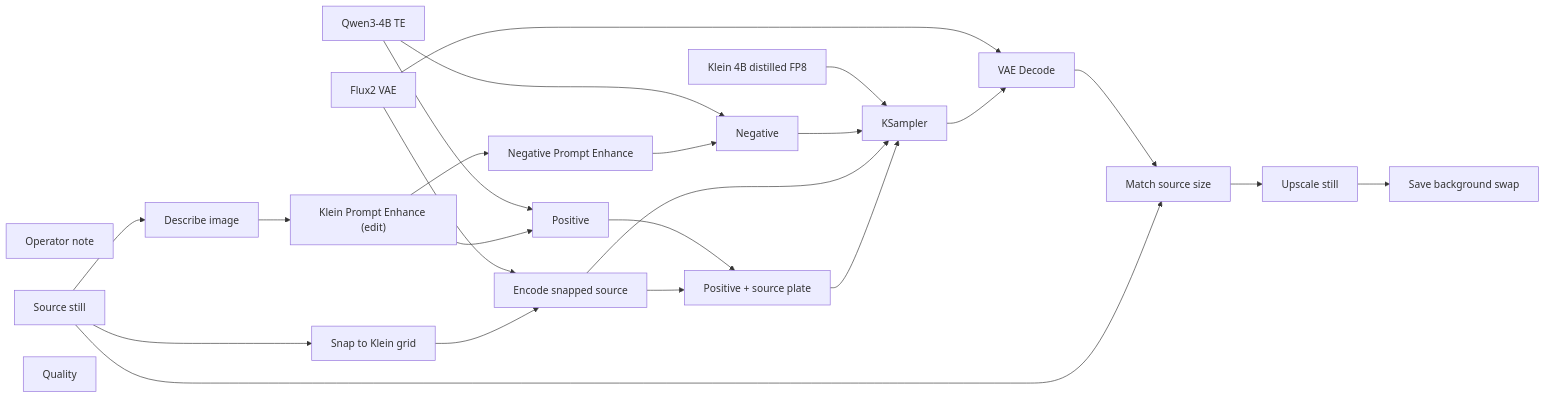
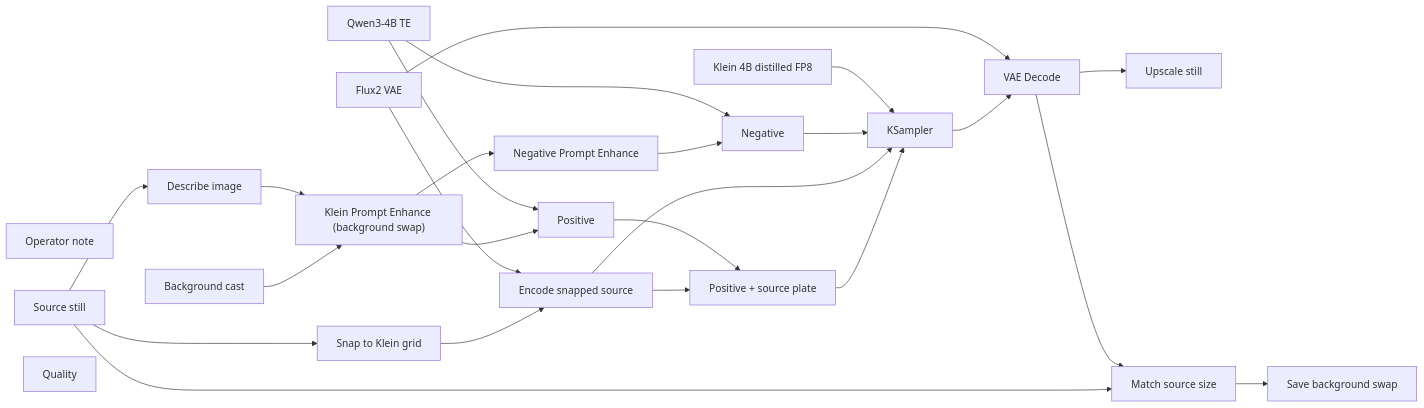
Before and after one commit to toxicoder/ez-comfy-stack: the diagram in docs/generated/workflows/stills/background-swap.md, drawn with Mermaid. The commit also changed other lines of this file and 266 other files, not shown here.

First line of the commit message:
feat: split background-swap and add background-edit

````diff
--- a/docs/generated/workflows/stills/background-swap.md
+++ b/docs/generated/workflows/stills/background-swap.md
@@ -50,44 +52,46 @@
 ```mermaid
 flowchart LR
   N1["Klein 4B distilled FP8"]
   N2["Qwen3-4B TE"]
   N3["Flux2 VAE"]
   N4["Positive"]
   N5["Negative"]
   N7["KSampler"]
   N8["VAE Decode"]
   N9["Save background swap"]
   N10["Operator note"]
   N11["Source still"]
-  N12["Klein Prompt Enhance (edit)"]
+  N12["Klein Prompt Enhance (background swap)"]
   N13["Negative Prompt Enhance"]
   N14["Quality"]
-  N18["Encode snapped source"]
-  N19["Positive + source plate"]
-  N20["Snap to Klein grid"]
-  N21["Match source size"]
-  N22["Upscale still"]
-  N23["Describe image"]
+  N18["Upscale still"]
+  N19["Describe image"]
+  N20["Encode snapped source"]
+  N21["Positive + source plate"]
+  N22["Snap to Klein grid"]
+  N23["Match source size"]
+  N24["Background cast"]
   N1 --> N7
   N2 --> N4
   N2 --> N5
   N3 --> N8
-  N3 --> N18
-  N4 --> N19
+  N3 --> N20
+  N4 --> N21
   N5 --> N7
   N7 --> N8
-  N8 --> N21
-  N11 --> N20
-  N11 --> N21
+  N8 --> N18
+  N8 --> N23
+  N11 --> N22
   N11 --> N23
+  N11 --> N19
   N12 --> N4
   N12 --> N13
   N13 --> N5
-  N18 --> N19
-  N18 --> N7
-  N19 --> N7
-  N20 --> N18
-  N21 --> N22
-  N22 --> N9
-  N23 --> N12
+  N19 --> N12
+  N20 --> N21
+  N20 --> N7
+  N21 --> N7
+  N22 --> N20
+  N23 --> N9
+  N24 --> N12
 ```
````
